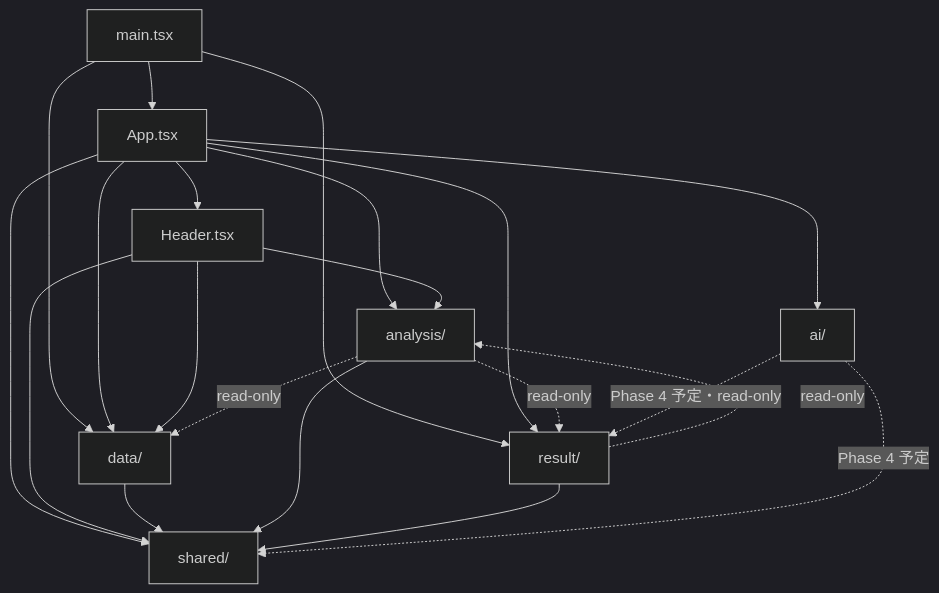
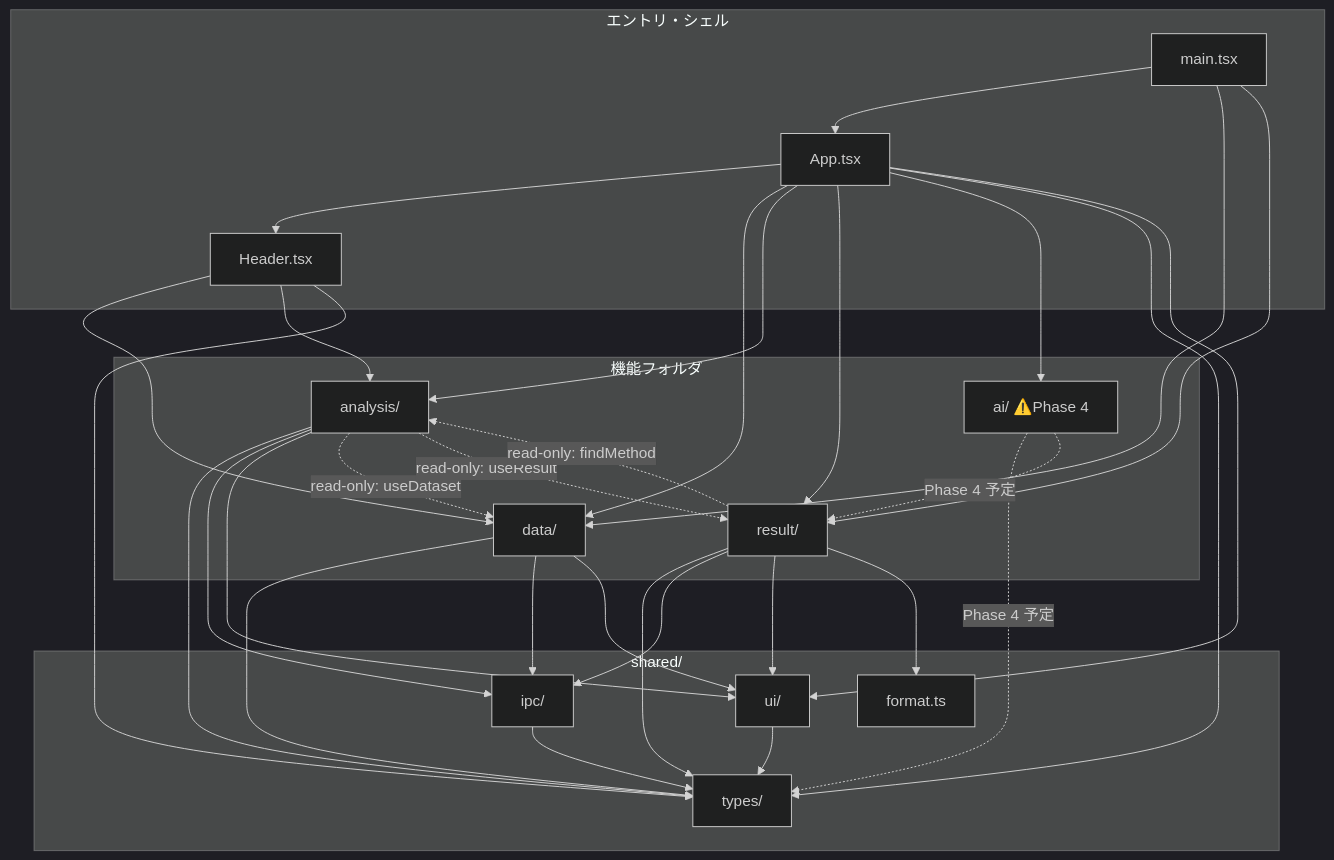
The first of 2 diagrams in docs/ARCHITECTURE.md (stkii/sai), drawn with Mermaid (dark theme) before and after one commit. The commit also changed other lines of this file, not shown here.

First line of the commit message:
docs: ARCHITECTURE を実装に合わせて更新

````diff
--- a/docs/ARCHITECTURE.md
+++ b/docs/ARCHITECTURE.md
@@ -128,29 +137,62 @@
 ```mermaid
 flowchart TB
-  M[main.tsx] --> APP[App.tsx]
-  M --> D[data/]
-  M --> R[result/]
+  subgraph entry["エントリ・シェル"]
+    M[main.tsx]
+    APP[App.tsx]
+    HDR[Header.tsx]
+  end
 
-  APP --> HDR[Header.tsx]
+  subgraph features["機能フォルダ"]
+    D[data/]
+    A[analysis/]
+    R[result/]
+    AI["ai/ ⚠️Phase 4"]
+  end
+
+  subgraph shared["shared/"]
+    T[types/]
+    IPC[ipc/]
+    UI[ui/]
+    FMT[format.ts]
+  end
+
+  %% エントリ階層
+  M --> APP
+  M --> D
+  M --> R
+  APP --> HDR
   APP --> D
-  APP --> A[analysis/]
+  APP --> A
   APP --> R
-  APP --> AI[ai/]
-  APP --> SHR[shared/]
-
+  APP --> AI
+  APP --> T
+  APP --> UI
   HDR --> D
   HDR --> A
-  HDR --> SHR
+  HDR --> T
 
-  D --> SHR
-  A --> SHR
-  R --> SHR
+  %% 機能 → shared (使用サブモジュール単位)
+  D --> T
+  D --> IPC
+  D --> UI
+  A --> T
+  A --> IPC
+  A --> UI
+  R --> T
+  R --> IPC
+  R --> UI
+  R --> FMT
 
-  A -.read-only.-> D
-  A -.read-only.-> R
-  R -.read-only.-> A
+  %% shared 内部 (types が基盤)
+  IPC --> T
+  UI --> T
 
-  %% ai/ は Phase 4 未着手の placeholder。下記は実装予定の依存で、現状コードには未存在
-  AI -.Phase 4 予定.-> SHR
-  AI -.Phase 4 予定・read-only.-> R
+  %% 機能間 = 読み取り専用の例外のみ
+  A -. "read-only: useDataset" .-> D
+  A -. "read-only: useResult" .-> R
+  R -. "read-only: findMethod" .-> A
+
+  %% ai/ は現状どの機能・shared も import していない (Phase 4 予定)
+  AI -. "Phase 4 予定" .-> T
+  AI -. "Phase 4 予定" .-> R
 ```
````
